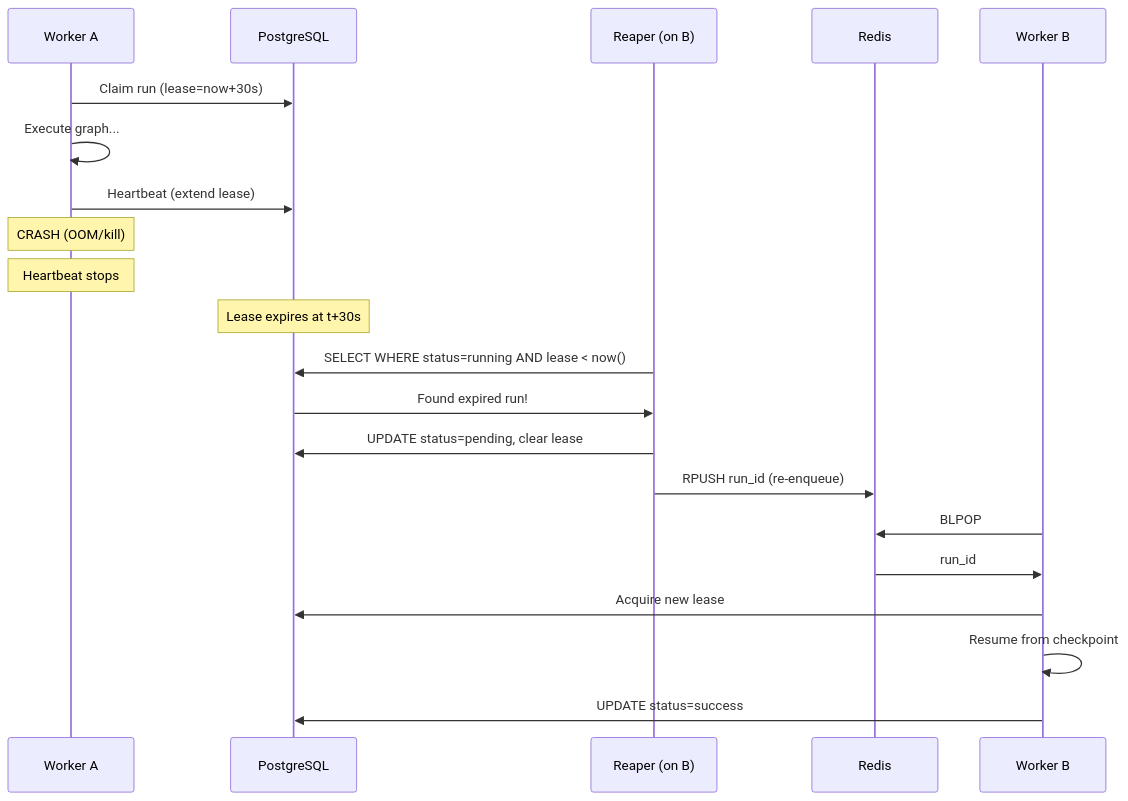
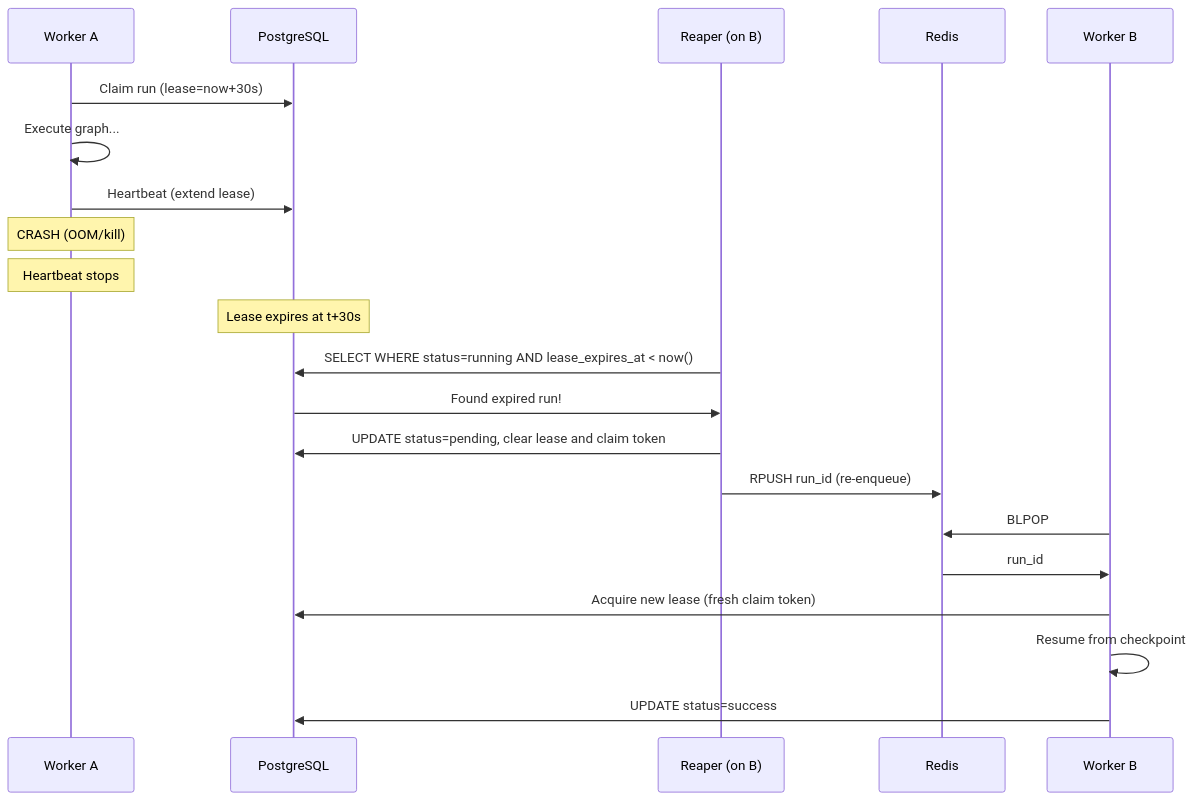
The fifth of 6 diagrams in docs/guides/worker-architecture.mdx (aegra/aegra), drawn with Mermaid before and after one commit. The commit also changed other lines of this file and 15 other files, not shown here.

````diff
--- a/docs/guides/worker-architecture.mdx
+++ b/docs/guides/worker-architecture.mdx
@@ -197,28 +229,28 @@
 ```mermaid
 sequenceDiagram
     participant WA as Worker A
     participant PG as PostgreSQL
     participant Reaper as Reaper (on B)
     participant R as Redis
     participant WB as Worker B
 
     WA->>PG: Claim run (lease=now+30s)
     WA->>WA: Execute graph...
     WA->>PG: Heartbeat (extend lease)
 
     Note over WA: CRASH (OOM/kill)
     Note over WA: Heartbeat stops
 
     Note over PG: Lease expires at t+30s
 
-    Reaper->>PG: SELECT WHERE status=running AND lease < now()
+    Reaper->>PG: SELECT WHERE status=running AND lease_expires_at < now()
     PG->>Reaper: Found expired run!
-    Reaper->>PG: UPDATE status=pending, clear lease
+    Reaper->>PG: UPDATE status=pending, clear lease and claim token
     Reaper->>R: RPUSH run_id (re-enqueue)
 
     WB->>R: BLPOP
     R->>WB: run_id
-    WB->>PG: Acquire new lease
+    WB->>PG: Acquire new lease (fresh claim token)
     WB->>WB: Resume from checkpoint
     WB->>PG: UPDATE status=success
 ```
````
